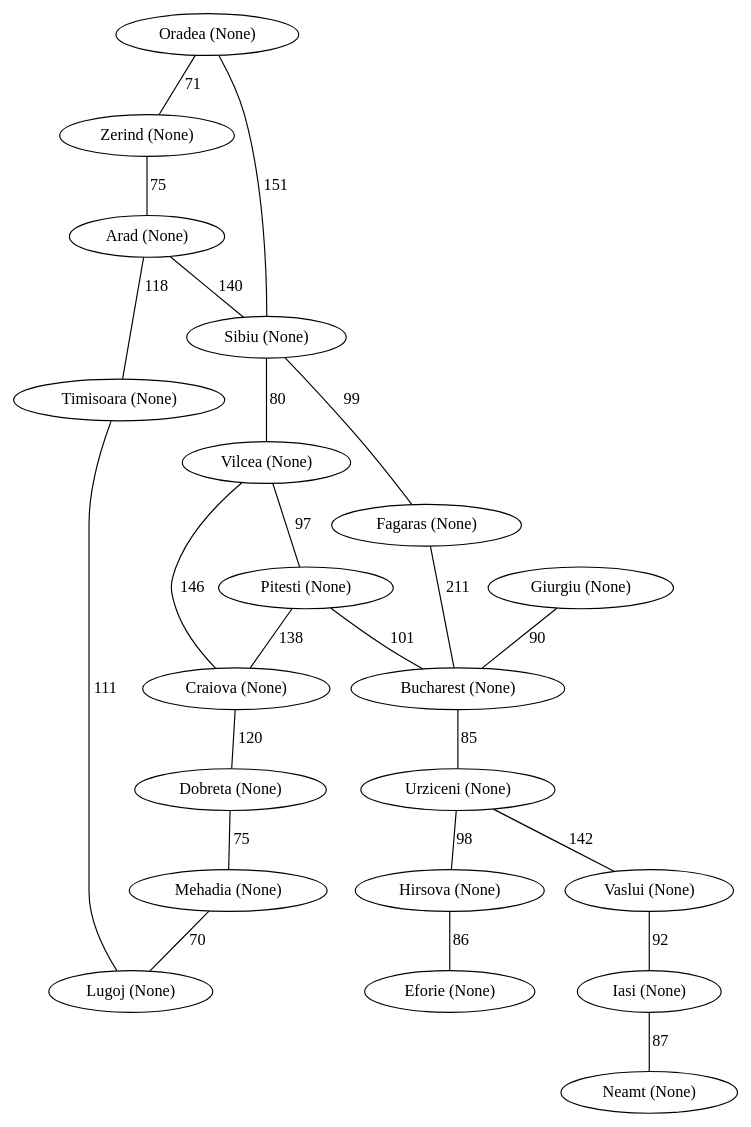
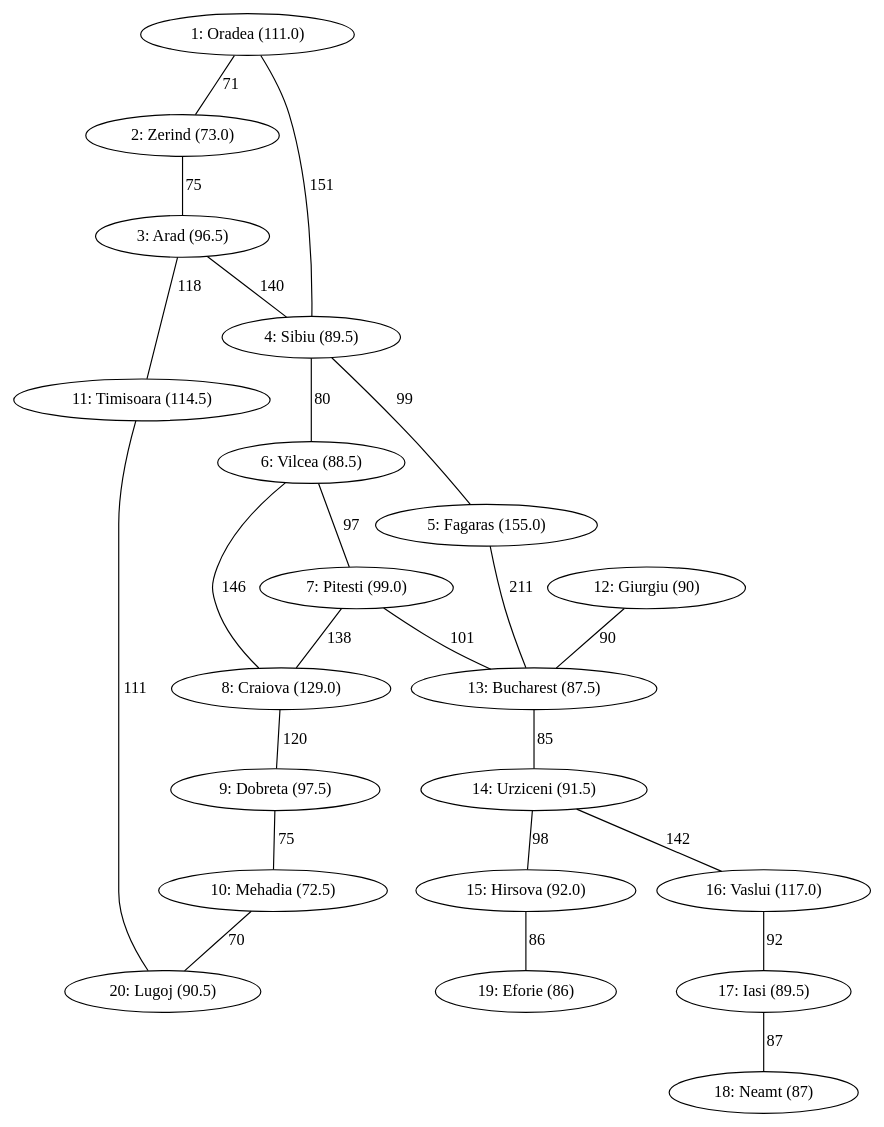
One commit to thiago9864/inteligencia_artificial changed the diagram in trabalho2/teste.gv. Above: the diagram before and after it, drawn with Graphviz. The commit also changed 2 other files, not shown here.

```diff
--- a/trabalho2/teste.gv
+++ b/trabalho2/teste.gv
@@ -1,25 +1,25 @@
 graph {
-   "Oradea (None)"--"Zerind (None)" [label=71]
-   "Oradea (None)"--"Sibiu (None)" [label=151]
-   "Zerind (None)"--"Arad (None)" [label=75]
-   "Arad (None)"--"Timisoara (None)" [label=118]
-   "Arad (None)"--"Sibiu (None)" [label=140]
-   "Sibiu (None)"--"Fagaras (None)" [label=99]
-   "Sibiu (None)"--"Vilcea (None)" [label=80]
-   "Fagaras (None)"--"Bucharest (None)" [label=211]
-   "Vilcea (None)"--"Craiova (None)" [label=146]
-   "Vilcea (None)"--"Pitesti (None)" [label=97]
-   "Pitesti (None)"--"Craiova (None)" [label=138]
-   "Pitesti (None)"--"Bucharest (None)" [label=101]
-   "Craiova (None)"--"Dobreta (None)" [label=120]
-   "Dobreta (None)"--"Mehadia (None)" [label=75]
-   "Mehadia (None)"--"Lugoj (None)" [label=70]
-   "Timisoara (None)"--"Lugoj (None)" [label=111]
-   "Giurgiu (None)"--"Bucharest (None)" [label=90]
-   "Bucharest (None)"--"Urziceni (None)" [label=85]
-   "Urziceni (None)"--"Hirsova (None)" [label=98]
-   "Urziceni (None)"--"Vaslui (None)" [label=142]
-   "Hirsova (None)"--"Eforie (None)" [label=86]
-   "Vaslui (None)"--"Iasi (None)" [label=92]
-   "Iasi (None)"--"Neamt (None)" [label=87]
+   "1: Oradea (111.0)"--"2: Zerind (73.0)" [label=71]
+   "1: Oradea (111.0)"--"4: Sibiu (89.5)" [label=151]
+   "2: Zerind (73.0)"--"3: Arad (96.5)" [label=75]
+   "3: Arad (96.5)"--"11: Timisoara (114.5)" [label=118]
+   "3: Arad (96.5)"--"4: Sibiu (89.5)" [label=140]
+   "4: Sibiu (89.5)"--"5: Fagaras (155.0)" [label=99]
+   "4: Sibiu (89.5)"--"6: Vilcea (88.5)" [label=80]
+   "5: Fagaras (155.0)"--"13: Bucharest (87.5)" [label=211]
+   "6: Vilcea (88.5)"--"8: Craiova (129.0)" [label=146]
+   "6: Vilcea (88.5)"--"7: Pitesti (99.0)" [label=97]
+   "7: Pitesti (99.0)"--"8: Craiova (129.0)" [label=138]
+   "7: Pitesti (99.0)"--"13: Bucharest (87.5)" [label=101]
+   "8: Craiova (129.0)"--"9: Dobreta (97.5)" [label=120]
+   "9: Dobreta (97.5)"--"10: Mehadia (72.5)" [label=75]
+   "10: Mehadia (72.5)"--"20: Lugoj (90.5)" [label=70]
+   "11: Timisoara (114.5)"--"20: Lugoj (90.5)" [label=111]
+   "12: Giurgiu (90)"--"13: Bucharest (87.5)" [label=90]
+   "13: Bucharest (87.5)"--"14: Urziceni (91.5)" [label=85]
+   "14: Urziceni (91.5)"--"15: Hirsova (92.0)" [label=98]
+   "14: Urziceni (91.5)"--"16: Vaslui (117.0)" [label=142]
+   "15: Hirsova (92.0)"--"19: Eforie (86)" [label=86]
+   "16: Vaslui (117.0)"--"17: Iasi (89.5)" [label=92]
+   "17: Iasi (89.5)"--"18: Neamt (87)" [label=87]
 }
```
